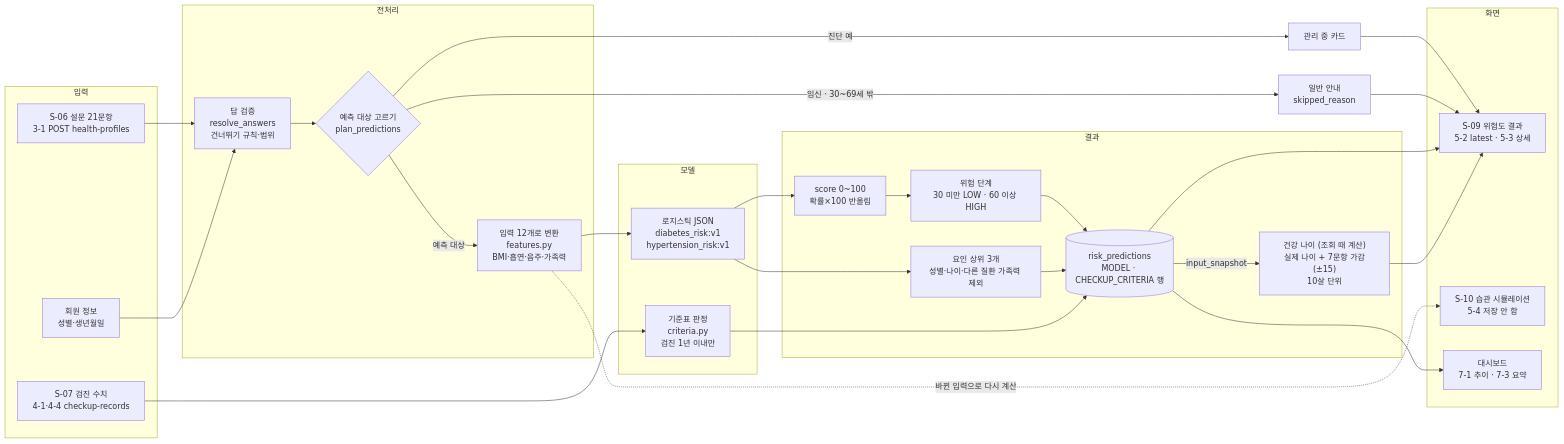
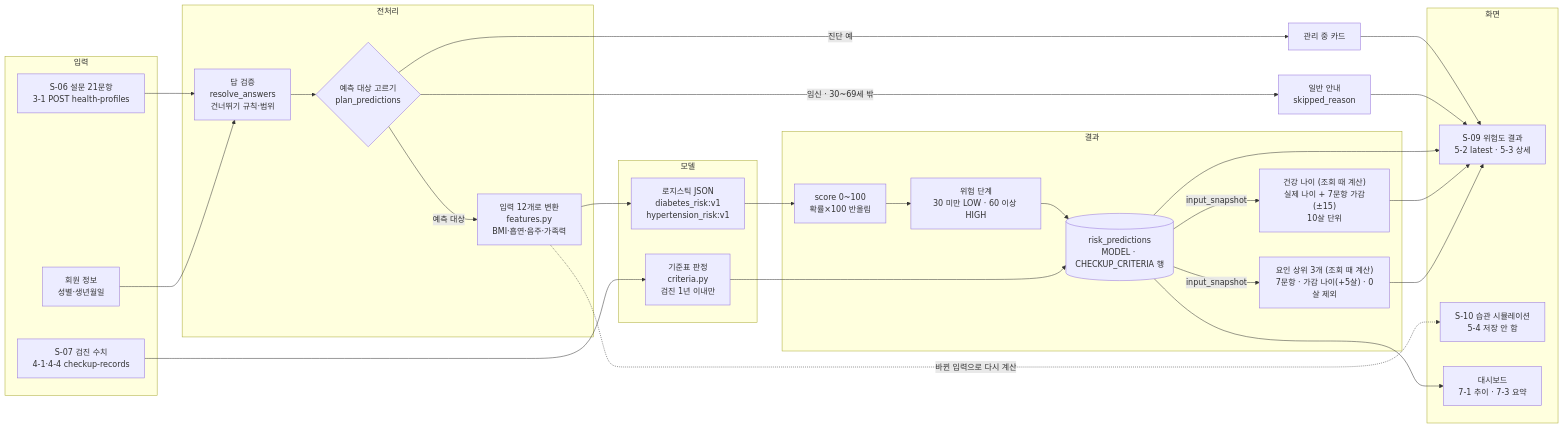
The diagram in docs/prediction-pipeline.md (AI-HealthCare-07/pair2care), drawn with Mermaid before and after one commit. The commit also changed other lines of this file and 1 other file, not shown here.

Commit message:
docs: 요인에 가감 나이(years)를 붙이고 health_age.items 빼기 (#114 합의, 요인도 조회 때 계산)

````diff
--- a/docs/prediction-pipeline.md
+++ b/docs/prediction-pipeline.md
@@ -7,53 +7,52 @@
 ```mermaid
 flowchart LR
     subgraph G1["입력"]
         A["S-06 설문 21문항<br/>3-1 POST health-profiles"]
         B["S-07 검진 수치<br/>4-1·4-4 checkup-records"]
         U["회원 정보<br/>성별·생년월일"]
     end
 
     subgraph G2["전처리"]
         V["답 검증<br/>resolve_answers<br/>건너뛰기 규칙·범위"]
         PL{"예측 대상 고르기<br/>plan_predictions"}
         F["입력 12개로 변환<br/>features.py<br/>BMI·흡연·음주·가족력"]
     end
 
     subgraph G3["모델"]
         M["로지스틱 JSON<br/>diabetes_risk:v1<br/>hypertension_risk:v1"]
         C["기준표 판정<br/>criteria.py<br/>검진 1년 이내만"]
     end
 
     subgraph G4["결과"]
         S["score 0~100<br/>확률×100 반올림"]
         L["위험 단계<br/>30 미만 LOW · 60 이상 HIGH"]
-        FA["요인 상위 3개<br/>성별·나이·다른 질환 가족력 제외"]
+        FA["요인 상위 3개 (조회 때 계산)<br/>7문항 · 가감 나이(+5살) · 0살 제외"]
         HA["건강 나이 (조회 때 계산)<br/>실제 나이 + 7문항 가감(±15)<br/>10살 단위"]
         DB[("risk_predictions<br/>MODEL · CHECKUP_CRITERIA 행")]
     end
 
     subgraph G5["화면"]
         S09["S-09 위험도 결과<br/>5-2 latest · 5-3 상세"]
         S10["S-10 습관 시뮬레이션<br/>5-4 저장 안 함"]
         D["대시보드<br/>7-1 추이 · 7-3 요약"]
     end
 
     A --> V
     U --> V
     V --> PL
     PL -- "진단 예" --> MG["관리 중 카드"]
     PL -- "임신 · 30~69세 밖" --> SK["일반 안내<br/>skipped_reason"]
     PL -- "예측 대상" --> F
     F --> M
     B --> C
     M --> S --> L
-    M --> FA
     L --> DB
-    FA --> DB
     C --> DB
     MG --> S09
     SK --> S09
     DB --> S09
     DB -- "input_snapshot" --> HA --> S09
+    DB -- "input_snapshot" --> FA --> S09
     DB --> D
     F -. "바뀐 입력으로 다시 계산" .-> S10
 ```
````
